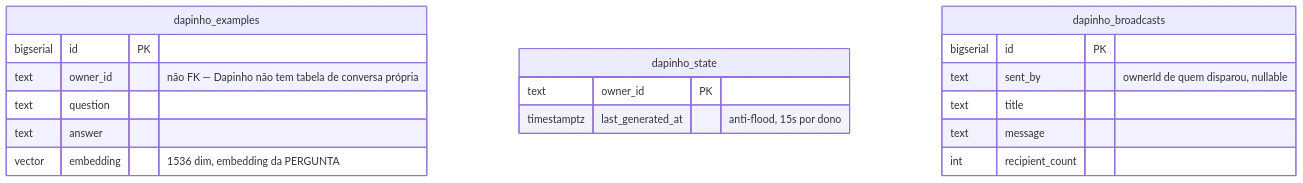
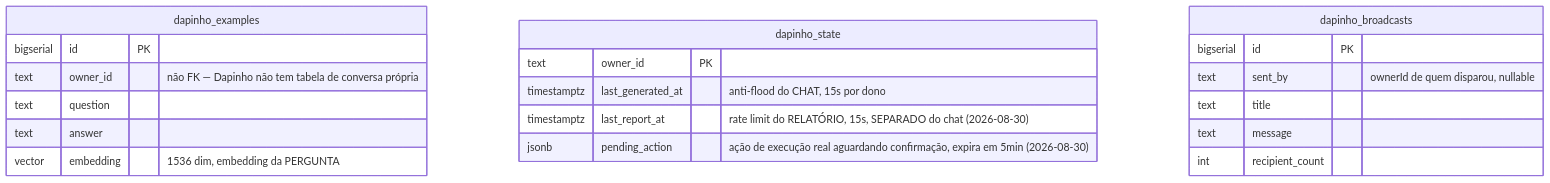
The sixth of 7 diagrams in docs/schema.md (DAP-Advocacia/whatsapp-crm-gatway), drawn with Mermaid before and after one commit. The commit also changed other lines of this file and 11 other files, not shown here.

First line of the commit message:
Dapinho: assistente de IA por dono agora executa ações reais

````diff
--- a/docs/schema.md
+++ b/docs/schema.md
@@ -262,21 +263,23 @@
 ```mermaid
 erDiagram
     dapinho_examples {
         bigserial id PK
         text owner_id "não FK — Dapinho não tem tabela de conversa própria"
         text question
         text answer
         vector embedding "1536 dim, embedding da PERGUNTA"
     }
     dapinho_state {
         text owner_id PK
-        timestamptz last_generated_at "anti-flood, 15s por dono"
+        timestamptz last_generated_at "anti-flood do CHAT, 15s por dono"
+        timestamptz last_report_at "rate limit do RELATÓRIO, 15s, SEPARADO do chat (2026-08-30)"
+        jsonb pending_action "ação de execução real aguardando confirmação, expira em 5min (2026-08-30)"
     }
     dapinho_broadcasts {
         bigserial id PK
         text sent_by "ownerId de quem disparou, nullable"
         text title
         text message
         int recipient_count
     }
 ```
````
